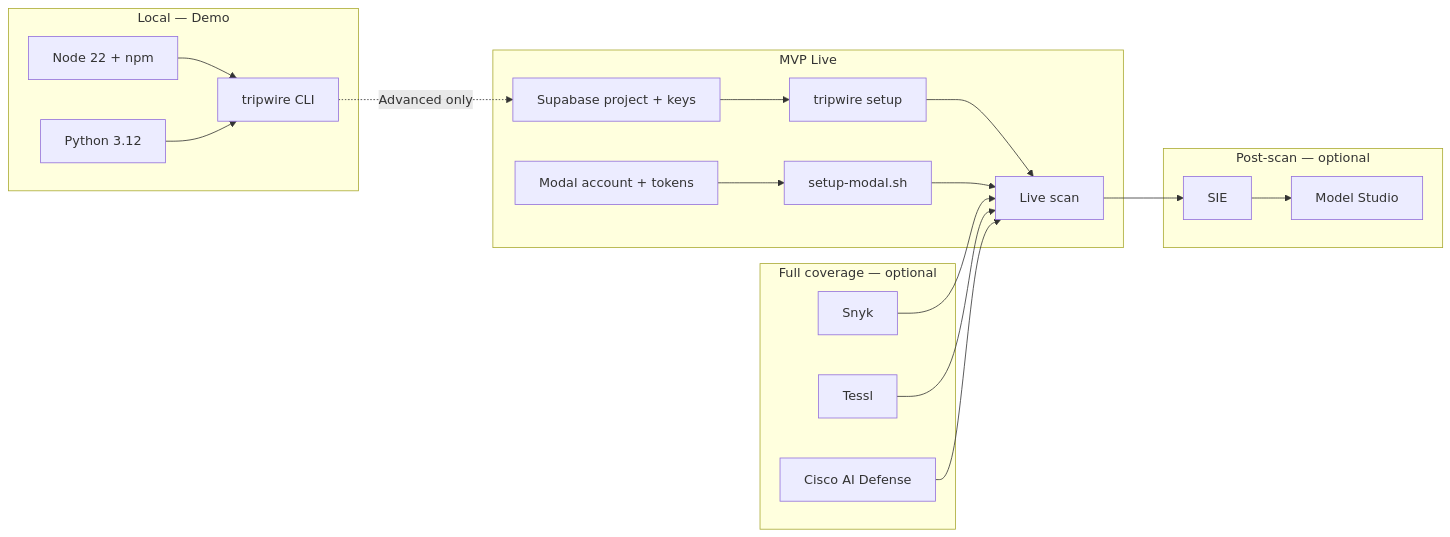
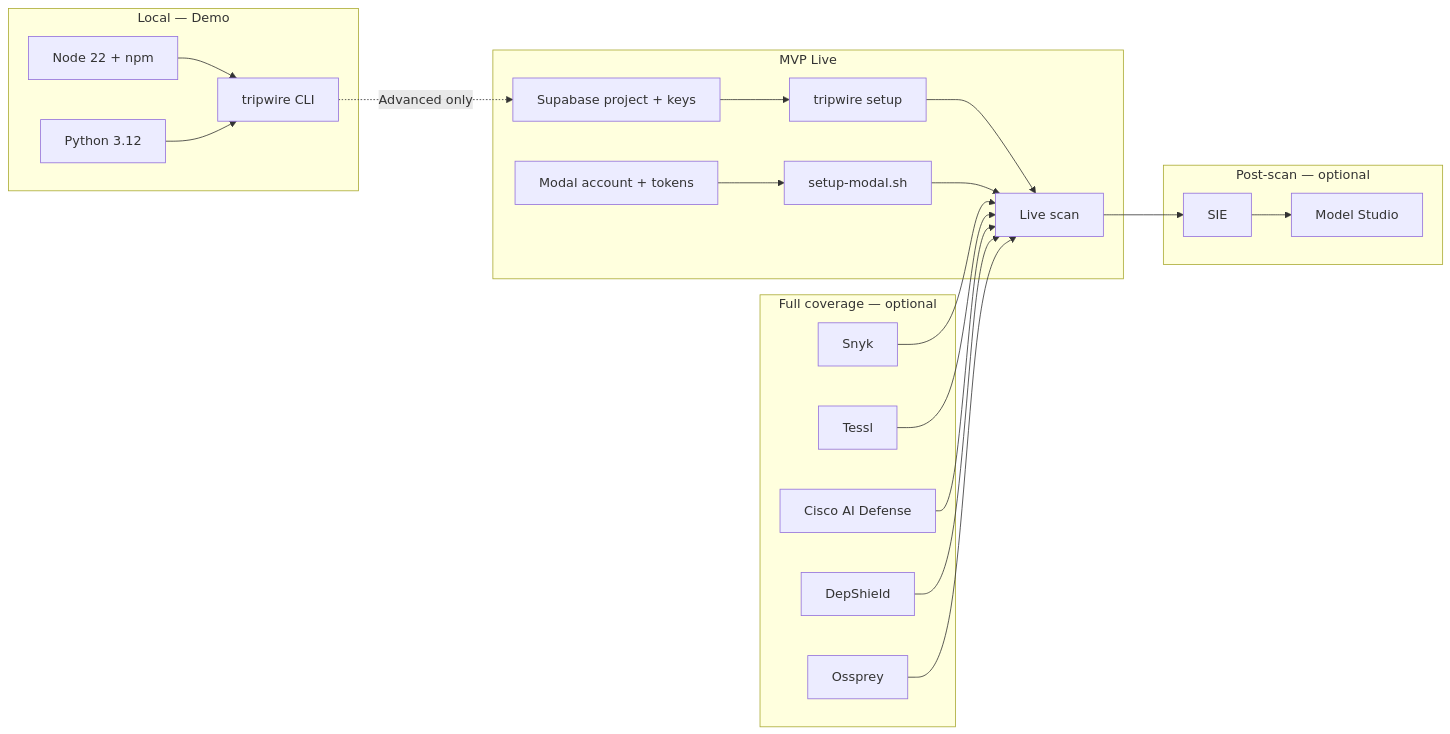
The second of 6 diagrams in docs/ARCHITECTURE.md (neomatrix369/tripwire), drawn with Mermaid before and after one commit. The commit also changed other lines of this file and 10 other files, not shown here.

````diff
--- a/docs/ARCHITECTURE.md
+++ b/docs/ARCHITECTURE.md
@@ -74,36 +77,40 @@
 ```mermaid
 flowchart LR
   subgraph local [Local — Demo]
     N[Node 22 + npm]
     P[Python 3.12]
     N --> CLI[tripwire CLI]
     P --> CLI
   end
 
   subgraph mvp [MVP Live]
     SB[Supabase project + keys]
     MD[Modal account + tokens]
     SB --> schema[tripwire setup]
     MD --> secrets[setup-modal.sh]
     schema --> liveScan[Live scan]
     secrets --> liveScan
   end
 
   subgraph scanners [Full coverage — optional]
     SK[Snyk]
     TS[Tessl]
     CS[Cisco AI Defense]
+    DS[DepShield]
+    OS[Ossprey]
     SK --> liveScan
     TS --> liveScan
     CS --> liveScan
+    DS --> liveScan
+    OS --> liveScan
   end
 
   subgraph router [Post-scan — optional]
     SIE[SIE]
     MS[Model Studio]
     liveScan --> SIE
     SIE --> MS
   end
 
   CLI -.->|Advanced only| SB
 ```
````
